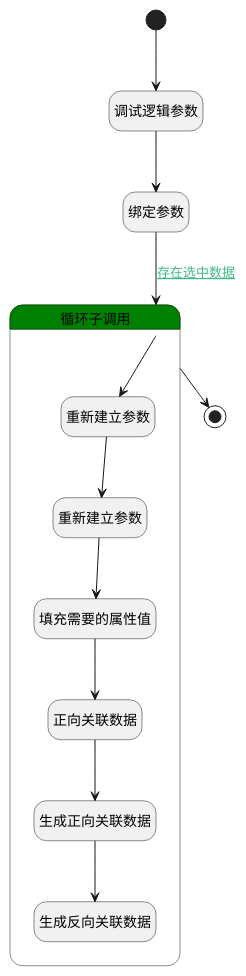
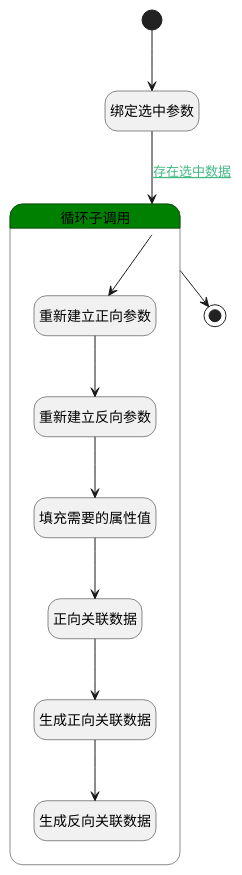
The diagram in doc/docsify/module/TestMgmt/review_content/logic/add_review_content.md (iBizLab/plm), drawn with PlantUML before and after one commit. The commit also changed other lines of this file and 1778 other files, not shown here.

````diff
--- a/doc/docsify/module/TestMgmt/review_content/logic/add_review_content.md
+++ b/doc/docsify/module/TestMgmt/review_content/logic/add_review_content.md
@@ -7,38 +7,36 @@
 ```plantuml
 @startuml
 hide empty description
 <style>
 root {
   HyperlinkColor #42b983
 }
 </style>
 
 hide empty description
 state "开始" as Begin <<start>> [[$./add_review_content#begin {"开始"}]]
-state "调试逻辑参数" as DEBUGPARAM1  [[$./add_review_content#debugparam1 {"调试逻辑参数"}]]
-state "绑定参数" as BINDPARAM1  [[$./add_review_content#bindparam1 {"绑定参数"}]]
+state "绑定选中参数" as BINDPARAM1  [[$./add_review_content#bindparam1 {"绑定选中参数"}]]
 state "结束" as END1 <<end>> [[$./add_review_content#end1 {"结束"}]]
 state "循环子调用" as LOOPSUBCALL1  [[$./add_review_content#loopsubcall1 {"循环子调用"}]] #green {
-state "重新建立参数" as RENEWPARAM1  [[$./add_review_content#renewparam1 {"重新建立参数"}]]
-state "重新建立参数" as RENEWPARAM2  [[$./add_review_content#renewparam2 {"重新建立参数"}]]
+state "重新建立正向参数" as RENEWPARAM1  [[$./add_review_content#renewparam1 {"重新建立正向参数"}]]
+state "重新建立反向参数" as RENEWPARAM2  [[$./add_review_content#renewparam2 {"重新建立反向参数"}]]
 state "填充需要的属性值" as PREPAREPARAM1  [[$./add_review_content#prepareparam1 {"填充需要的属性值"}]]
 state "正向关联数据" as DEBUGPARAM3  [[$./add_review_content#debugparam3 {"正向关联数据"}]]
 state "生成正向关联数据" as DEACTION1  [[$./add_review_content#deaction1 {"生成正向关联数据"}]]
 state "生成反向关联数据" as DEACTION2  [[$./add_review_content#deaction2 {"生成反向关联数据"}]]
 }
 
 
-Begin --> DEBUGPARAM1
-DEBUGPARAM1 --> BINDPARAM1
+Begin --> BINDPARAM1
 BINDPARAM1 --> LOOPSUBCALL1 : [[$./add_review_content#bindparam1-loopsubcall1{存在选中数据} 存在选中数据]]
 LOOPSUBCALL1 --> RENEWPARAM1
 RENEWPARAM1 --> RENEWPARAM2
 RENEWPARAM2 --> PREPAREPARAM1
 PREPAREPARAM1 --> DEBUGPARAM3
 DEBUGPARAM3 --> DEACTION1
 DEACTION1 --> DEACTION2
 LOOPSUBCALL1 --> END1
 
 
 @enduml
 ```
````
